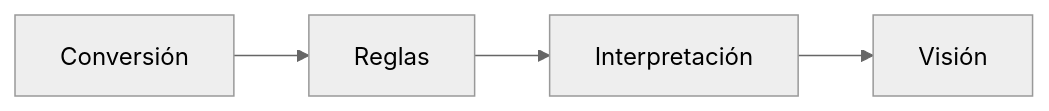
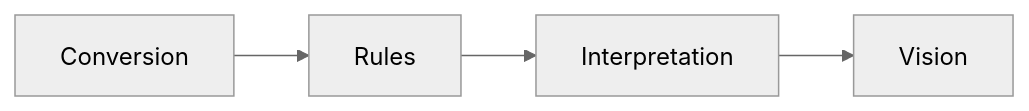
Before and after one commit to mariogarcia-ar/docflow: the first of 15 diagrams in README.md, drawn with Mermaid (neutral theme). The commit also changed other lines of this file, not shown here.

````diff
--- a/README.md
+++ b/README.md
@@ -62,4 +62,4 @@
 ```mermaid
 graph LR
-    A["Conversión"] --> B["Reglas"] --> C["Interpretación"] --> D["Visión"]
+    A["Conversion"] --> B["Rules"] --> C["Interpretation"] --> D["Vision"]
 ```
````
